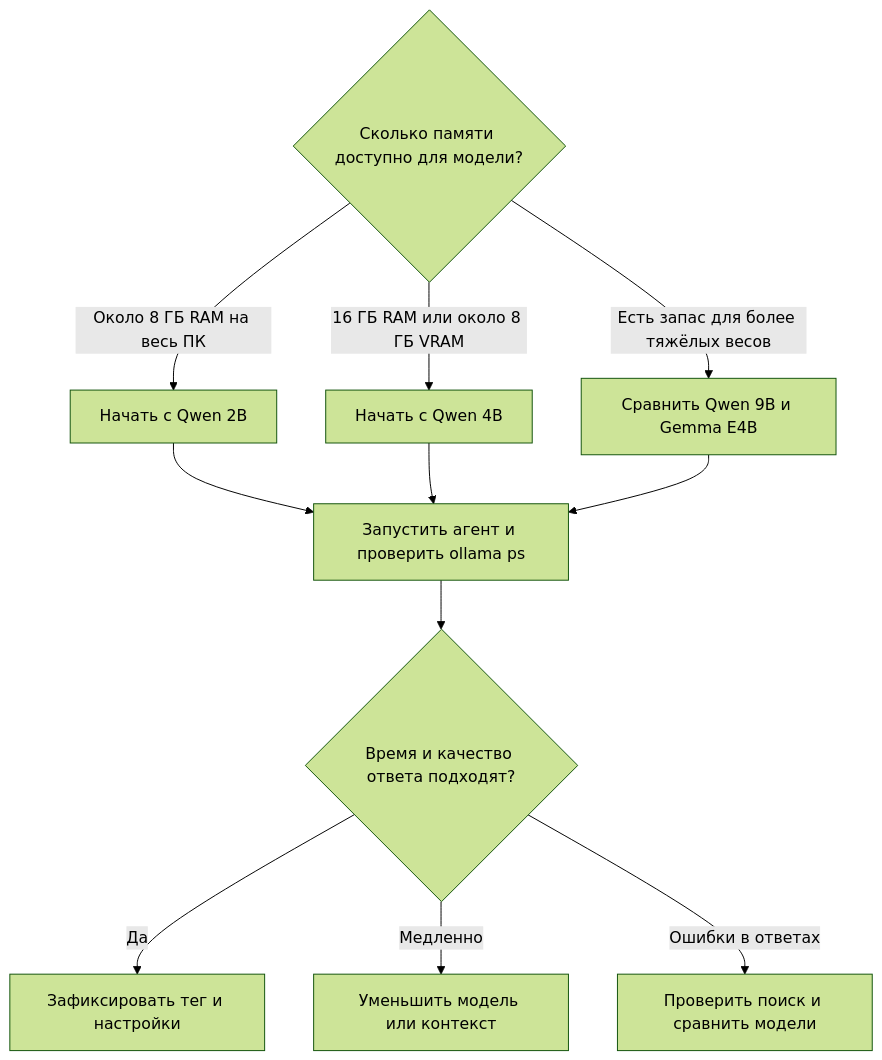
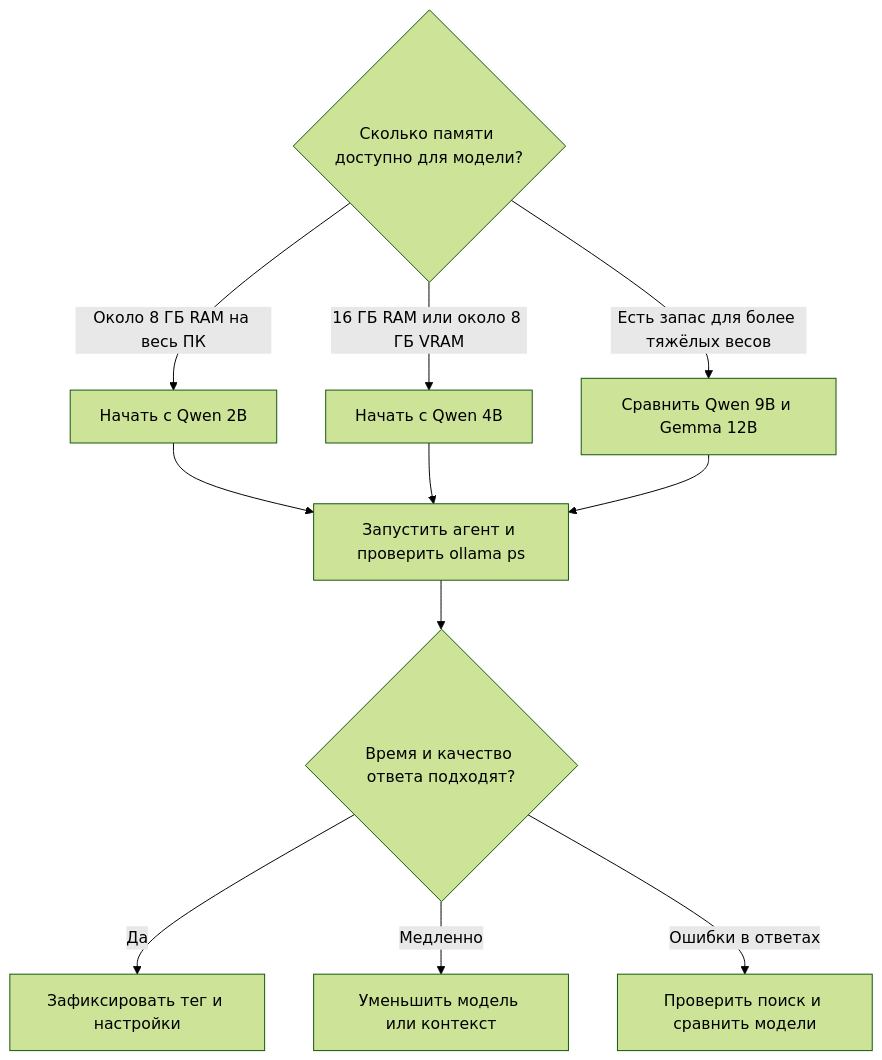
One commit to justxor/local-ai-agent-course-ru changed the first of 6 diagrams in README.md. Above: the diagram before and after it, drawn with Mermaid (forest theme). The commit also changed other lines of this file, not shown here.

Commit message:
Сравнить открытые модели и требования к памяти

````diff
--- a/README.md
+++ b/README.md
@@ -75,14 +112,14 @@
 ```mermaid
 flowchart TD
     A{"Сколько памяти доступно для модели?"}
     A -->|"Около 8 ГБ RAM на весь ПК"| B["Начать с Qwen 2B"]
     A -->|"16 ГБ RAM или около 8 ГБ VRAM"| C["Начать с Qwen 4B"]
-    A -->|"Есть запас для более тяжёлых весов"| D["Сравнить Qwen 9B и Gemma E4B"]
+    A -->|"Есть запас для более тяжёлых весов"| D["Сравнить Qwen 9B и Gemma 12B"]
     B --> E["Запустить агент и проверить ollama ps"]
     C --> E
     D --> E
     E --> F{"Время и качество ответа подходят?"}
     F -->|"Да"| G["Зафиксировать тег и настройки"]
     F -->|"Медленно"| H["Уменьшить модель или контекст"]
     F -->|"Ошибки в ответах"| I["Проверить поиск и сравнить модели"]
 ```
````
